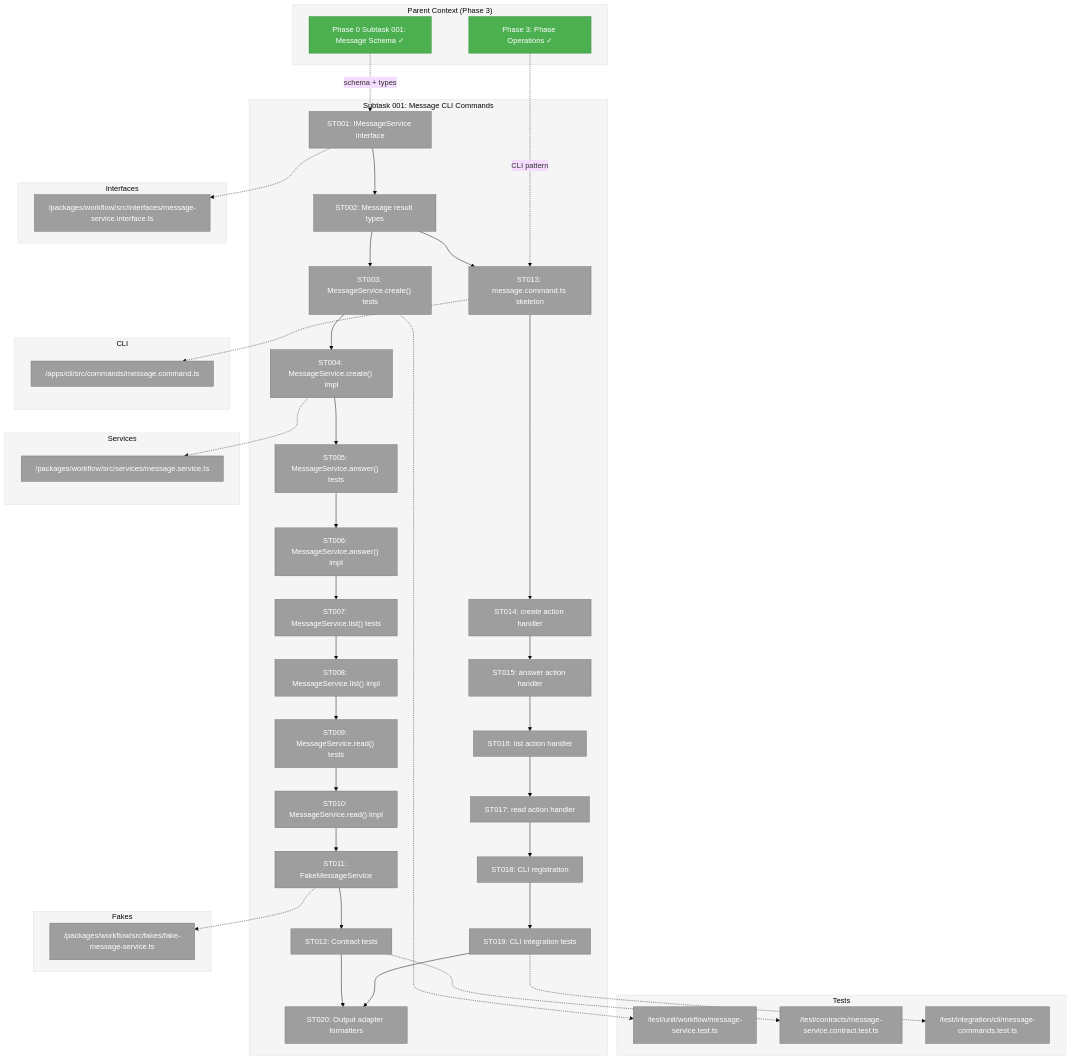
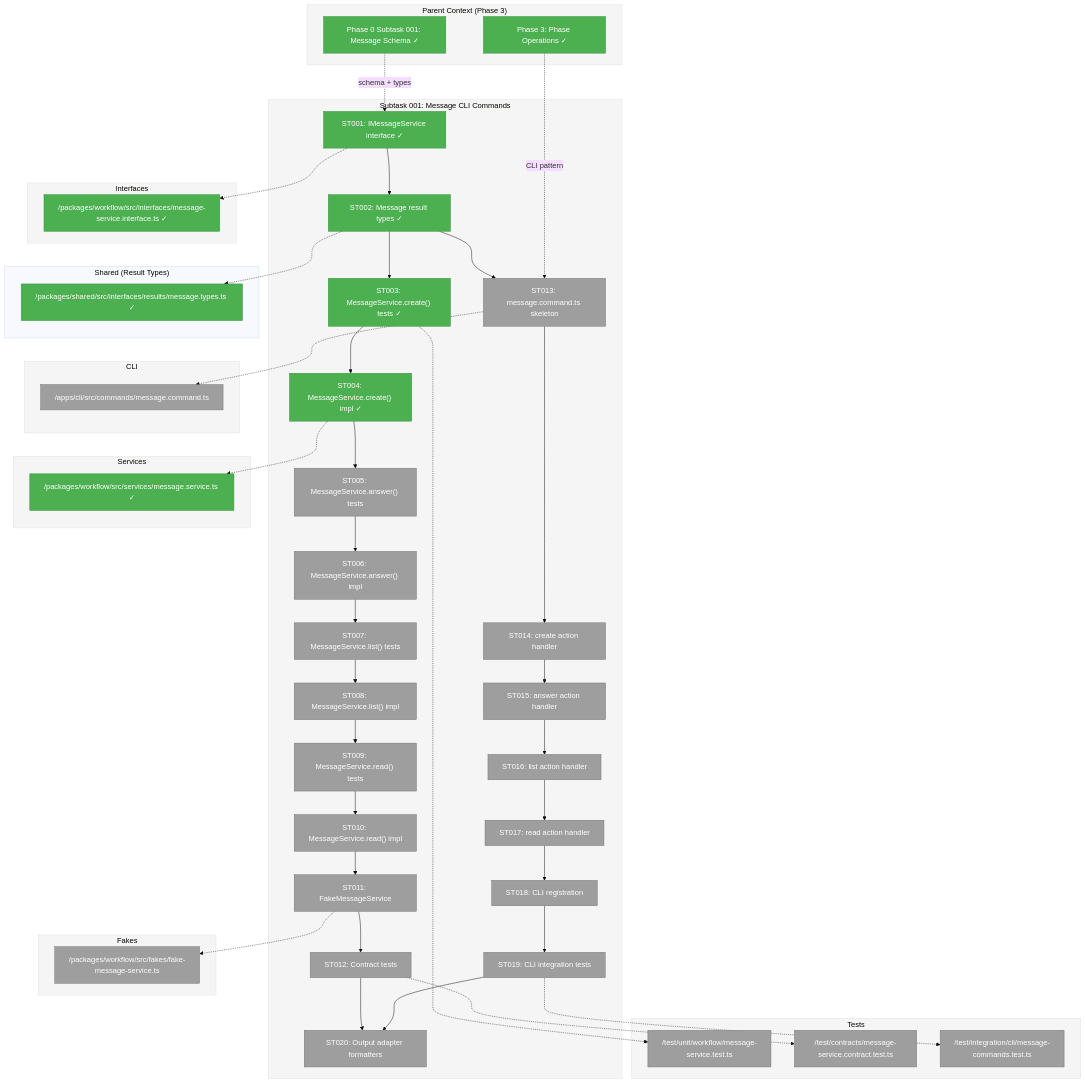
Before and after one commit to AI-Substrate/chainglass: the first of 3 diagrams in docs/plans/003-wf-basics/tasks/phase-3-phase-operations/001-subtask-implement-message-cli-commands.md, drawn with Mermaid (base theme). The commit also changed other lines of this file and 11 other files, not shown here.

First line of the commit message:
feat(workflow): implement IMessageService interface and MessageService.create()

```diff
--- a/docs/plans/003-wf-basics/tasks/phase-3-phase-operations/001-subtask-implement-message-cli-commands.md
+++ b/docs/plans/003-wf-basics/tasks/phase-3-phase-operations/001-subtask-implement-message-cli-commands.md
@@ -154,10 +154,10 @@
     end
 
     subgraph Subtask["Subtask 001: Message CLI Commands"]
-        ST001["ST001: IMessageService interface"]:::pending
-        ST002["ST002: Message result types"]:::pending
-        ST003["ST003: MessageService.create() tests"]:::pending
-        ST004["ST004: MessageService.create() impl"]:::pending
+        ST001["ST001: IMessageService interface ✓"]:::completed
+        ST002["ST002: Message result types ✓"]:::completed
+        ST003["ST003: MessageService.create() tests ✓"]:::completed
+        ST004["ST004: MessageService.create() impl ✓"]:::completed
         ST005["ST005: MessageService.answer() tests"]:::pending
         ST006["ST006: MessageService.answer() impl"]:::pending
         ST007["ST007: MessageService.list() tests"]:::pending
@@ -198,11 +198,11 @@
     end
 
     subgraph Interfaces["Interfaces"]
-        I1["/packages/workflow/src/interfaces/message-service.interface.ts"]:::pending
+        I1["/packages/workflow/src/interfaces/message-service.interface.ts ✓"]:::completed
     end
 
     subgraph Services["Services"]
-        S1["/packages/workflow/src/services/message.service.ts"]:::pending
+        S1["/packages/workflow/src/services/message.service.ts ✓"]:::completed
     end
 
     subgraph Fakes["Fakes"]
@@ -219,7 +219,12 @@
         IT1["/test/integration/cli/message-commands.test.ts"]:::pending
     end
 
+    subgraph Shared["Shared (Result Types)"]
+        R1["/packages/shared/src/interfaces/results/message.types.ts ✓"]:::completed
+    end
+
     ST001 -.-> I1
+    ST002 -.-> R1
     ST004 -.-> S1
     ST011 -.-> F1
     ST013 -.-> C1
```
